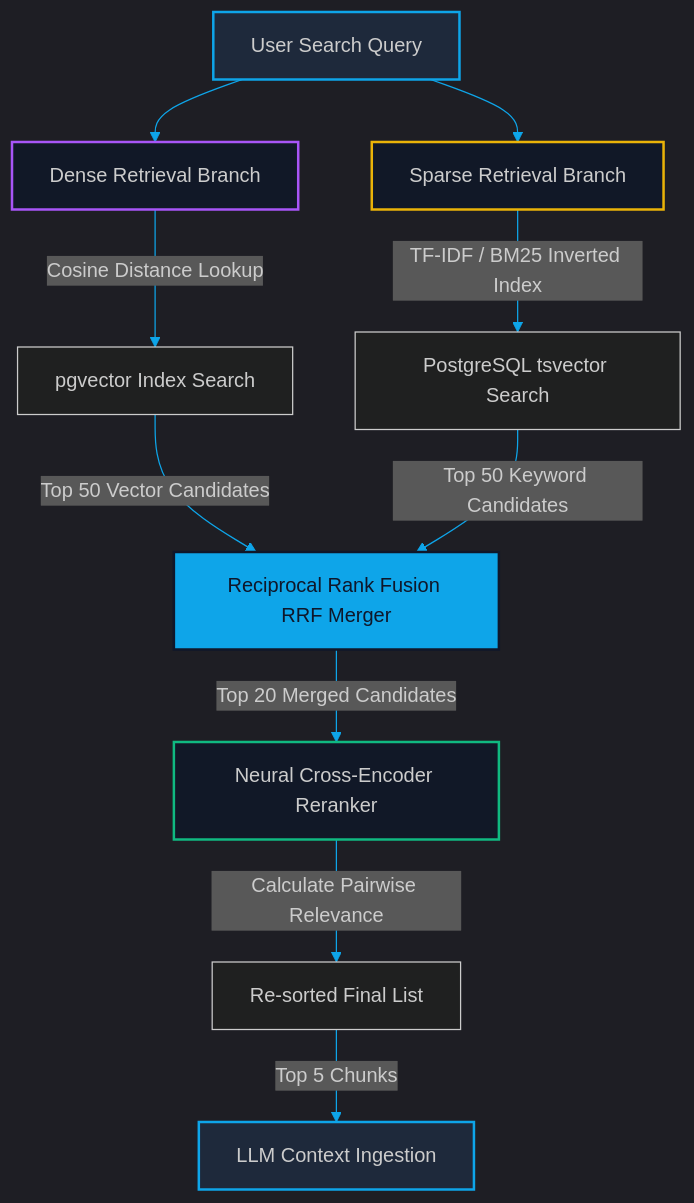
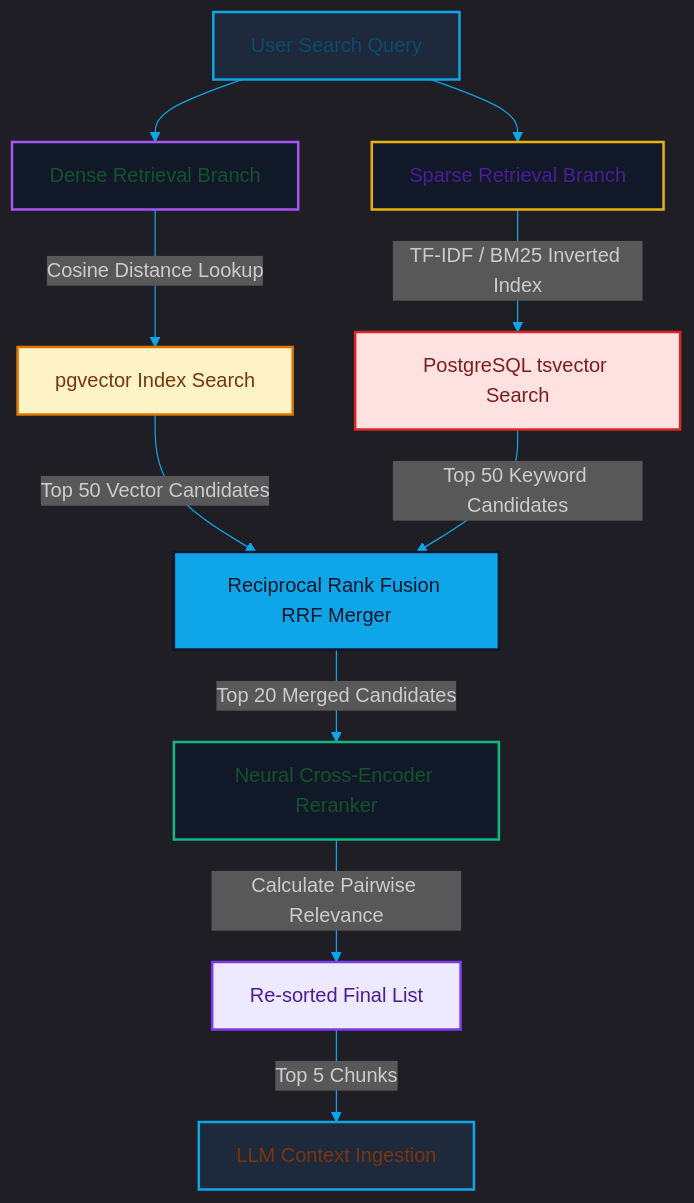
The diagram in blog/posts/hybrid-search-reranking-dense-sparse.md (akmalkhaniub/akmalkhaniub.github.io), drawn with Mermaid before and after one commit. The commit also changed 1291 other files, not shown here.

First line of the commit message:
feat(catalog): unique covers, scholarly references, and diagram palettes

````diff
--- a/blog/posts/hybrid-search-reranking-dense-sparse.md
+++ b/blog/posts/hybrid-search-reranking-dense-sparse.md
@@ -29,23 +29,34 @@
 ```mermaid
 %%{init: {'theme': 'dark', 'themeVariables': { 'primaryColor': '#0ea5e9', 'primaryTextColor': '#f3f4f6', 'primaryBorderColor': '#38bdf8', 'lineColor': '#0ea5e9', 'secondaryColor': '#111827', 'tertiaryColor': '#111827'}}}%%
 flowchart TD
-    A[User Search Query] --> B[Dense Retrieval Branch]
-    A --> C[Sparse Retrieval Branch]
+    A["User Search Query"] --> B["Dense Retrieval Branch"]
+    A --> C["Sparse Retrieval Branch"]
     
-    B -->|Cosine Distance Lookup| D[pgvector Index Search]
-    C -->|TF-IDF / BM25 Inverted Index| E[PostgreSQL tsvector Search]
+    B -->|Cosine Distance Lookup| D["pgvector Index Search"]
+    C -->|TF-IDF / BM25 Inverted Index| E["PostgreSQL tsvector Search"]
     
-    D -->|Top 50 Vector Candidates| F[Reciprocal Rank Fusion RRF Merger]
+    D -->|Top 50 Vector Candidates| F["Reciprocal Rank Fusion RRF Merger"]
     E -->|Top 50 Keyword Candidates| F
     
-    F -->|Top 20 Merged Candidates| G[Neural Cross-Encoder Reranker]
-    G -->|Calculate Pairwise Relevance| H[Re-sorted Final List]
-    H -->|Top 5 Chunks| I[LLM Context Ingestion]
+    F -->|Top 20 Merged Candidates| G["Neural Cross-Encoder Reranker"]
+    G -->|Calculate Pairwise Relevance| H["Re-sorted Final List"]
+    H -->|Top 5 Chunks| I["LLM Context Ingestion"]
 
     style A fill:#1e293b,stroke:#0ea5e9,stroke-width:2px
     style B fill:#111827,stroke:#a855f7,stroke-width:2px
     style C fill:#111827,stroke:#eab308,stroke-width:2px
     style F fill:#0ea5e9,stroke:#0f172a,stroke-width:2px,color:#0f172a
     style G fill:#111827,stroke:#10b981,stroke-width:2px
     style I fill:#1e293b,stroke:#0ea5e9,stroke-width:2px
+
+classDef green fill:#dcfce7,stroke:#16a34a,stroke-width:2px,color:#14532d;
+classDef red fill:#fee2e2,stroke:#dc2626,stroke-width:2px,color:#7f1d1d;
+classDef blue fill:#e0f2fe,stroke:#0284c7,stroke-width:2px,color:#0c4a6e;
+classDef yellow fill:#fef3c7,stroke:#d97706,stroke-width:2px,color:#78350f;
+classDef purple fill:#ede9fe,stroke:#7c3aed,stroke-width:2px,color:#4c1d95;
+class A,F blue
+class B,G green
+class C,H purple
+class D,I yellow
+class E red
 ```
````
